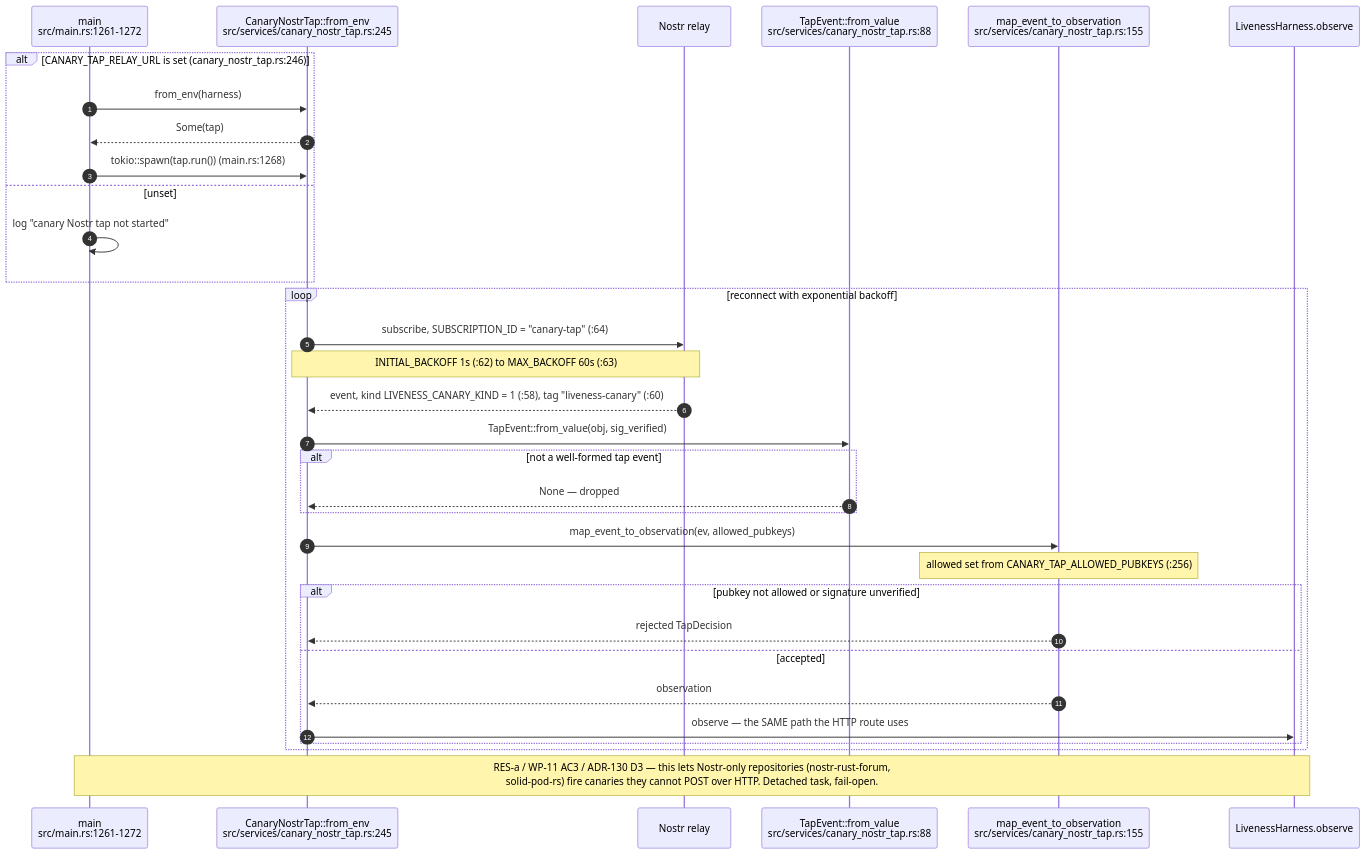
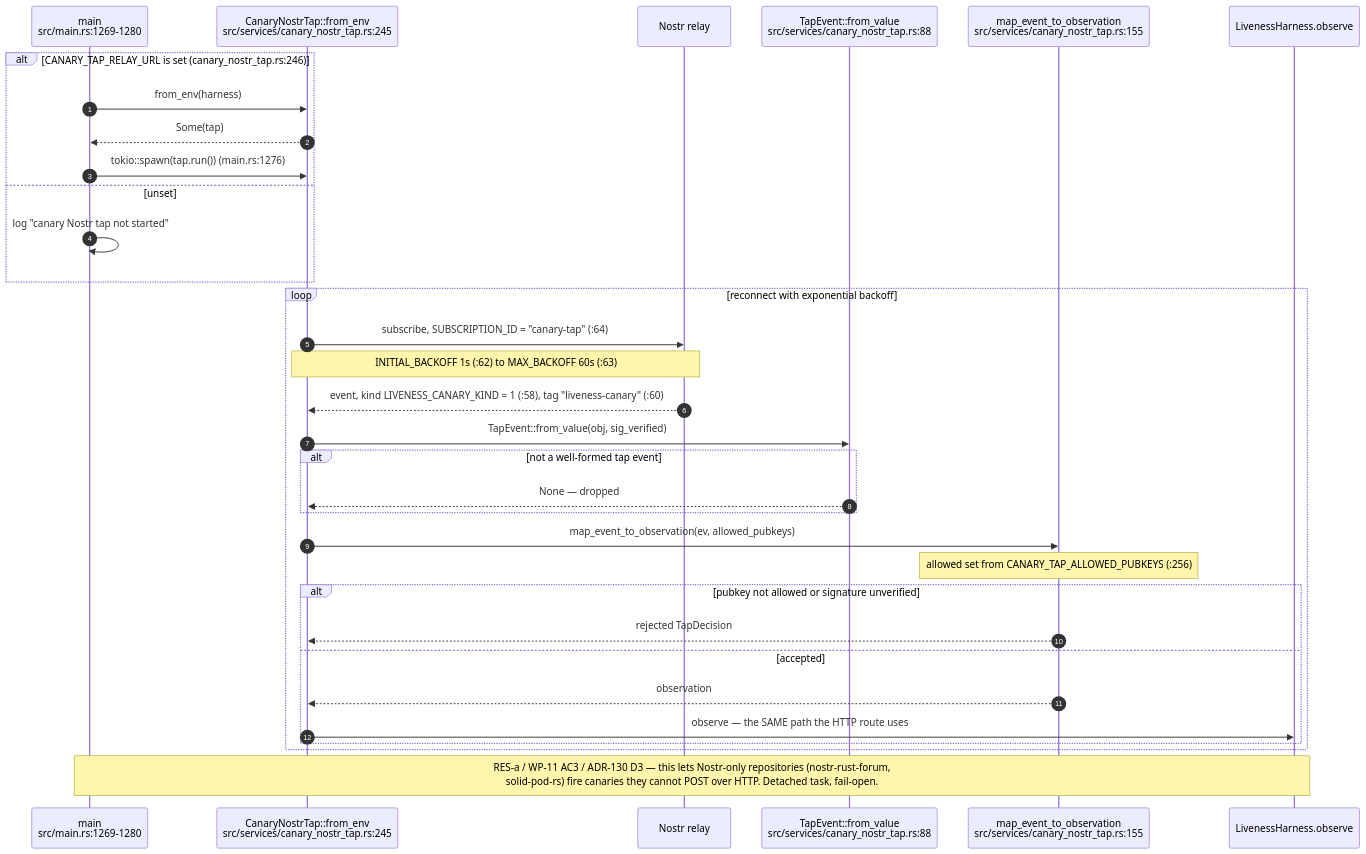
One commit to DreamLab-AI/VisionFlow changed the fifth of 9 diagrams in docs/diagrams/visionclaw/08-observability-health-and-dev-loop.md. Above: the diagram before and after it, drawn with Mermaid. The commit also changed other lines of this file and 111 other files, not shown here.

Commit message:
docs(diagrams): align estate maps with current source

````diff
--- a/docs/diagrams/visionclaw/08-observability-health-and-dev-loop.md
+++ b/docs/diagrams/visionclaw/08-observability-health-and-dev-loop.md
@@ -147,36 +148,36 @@
 ```mermaid
 sequenceDiagram
     autonumber
-    participant M as main<br/>src/main.rs:1261-1272
+    participant M as main<br/>src/main.rs:1269-1280
     participant T as CanaryNostrTap::from_env<br/>src/services/canary_nostr_tap.rs:245
     participant R as Nostr relay
     participant E as TapEvent::from_value<br/>src/services/canary_nostr_tap.rs:88
     participant D as map_event_to_observation<br/>src/services/canary_nostr_tap.rs:155
     participant LH as LivenessHarness.observe
 
     alt CANARY_TAP_RELAY_URL is set (canary_nostr_tap.rs:246)
         M->>T: from_env(harness)
         T-->>M: Some(tap)
-        M->>T: tokio::spawn(tap.run()) (main.rs:1268)
+        M->>T: tokio::spawn(tap.run()) (main.rs:1276)
     else unset
         M->>M: log "canary Nostr tap not started"
     end
     loop reconnect with exponential backoff
         T->>R: subscribe, SUBSCRIPTION_ID = "canary-tap" (:64)
         Note over T,R: INITIAL_BACKOFF 1s (:62) to MAX_BACKOFF 60s (:63)
         R-->>T: event, kind LIVENESS_CANARY_KIND = 1 (:58), tag "liveness-canary" (:60)
         T->>E: TapEvent::from_value(obj, sig_verified)
         alt not a well-formed tap event
             E-->>T: None — dropped
         end
         T->>D: map_event_to_observation(ev, allowed_pubkeys)
         Note over D: allowed set from CANARY_TAP_ALLOWED_PUBKEYS (:256)
         alt pubkey not allowed or signature unverified
             D-->>T: rejected TapDecision
         else accepted
             D-->>T: observation
             T->>LH: observe — the SAME path the HTTP route uses
         end
     end
     Note over M,LH: RES-a / WP-11 AC3 / ADR-130 D3 — this lets Nostr-only repositories (nostr-rust-forum,<br/>solid-pod-rs) fire canaries they cannot POST over HTTP. Detached task, fail-open.
 ```
````
